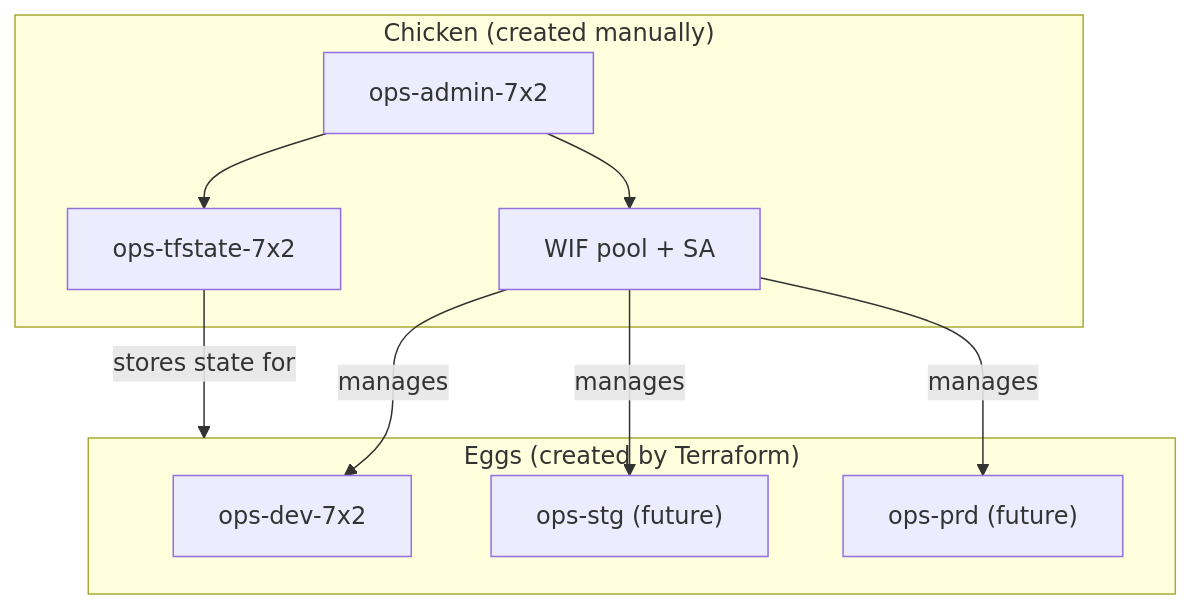
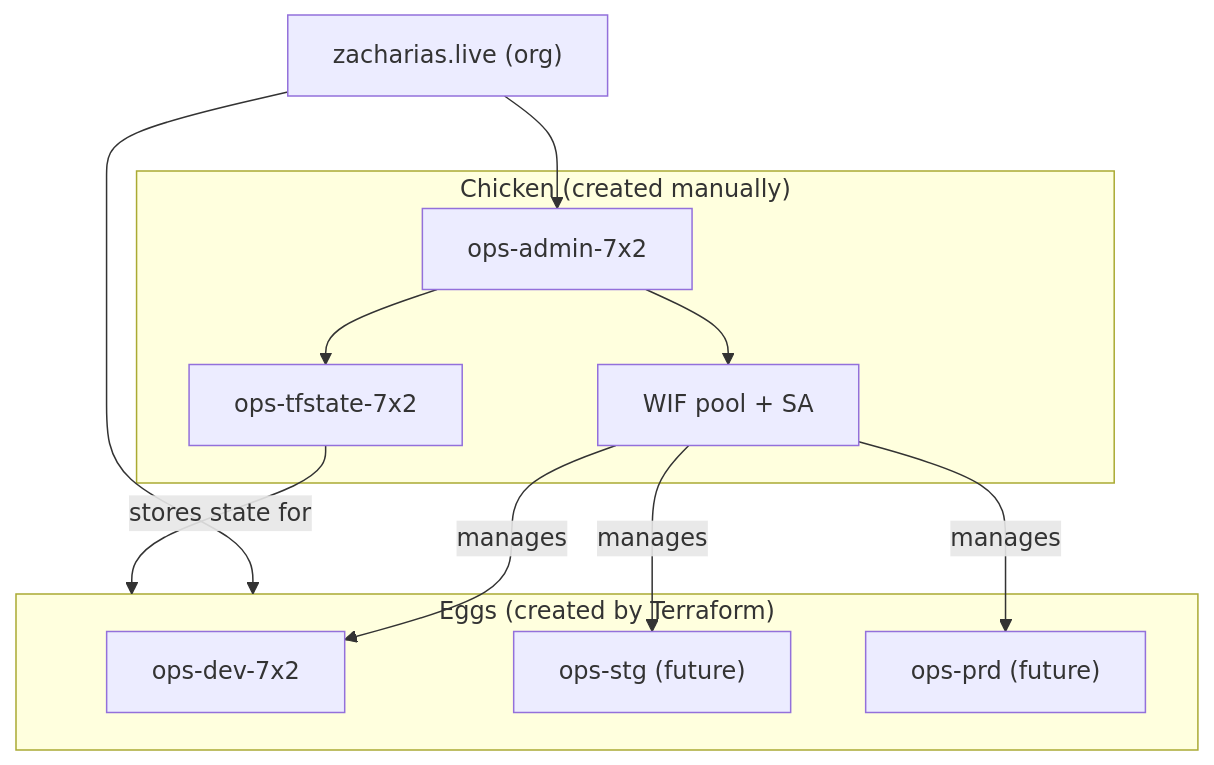
Before and after one commit to Chopsticks13/gcp-foundation-modules: the diagram in docs/BOOTSTRAP.md, drawn with Mermaid. The commit also changed other lines of this file and 4 other files, not shown here.

````diff
--- a/docs/BOOTSTRAP.md
+++ b/docs/BOOTSTRAP.md
@@ -10,21 +10,25 @@
 ```mermaid
 flowchart TD
+  org["zacharias.live (org)"]
+
   subgraph chicken["Chicken (created manually)"]
     admin["ops-admin-7x2"]
     bucket["ops-tfstate-7x2"]
     wif["WIF pool + SA"]
   end
 
   subgraph eggs["Eggs (created by Terraform)"]
     dev["ops-dev-7x2"]
     stg["ops-stg (future)"]
     prd["ops-prd (future)"]
   end
 
+  org --> admin
+  org --> eggs
   admin --> bucket
   admin --> wif
   wif -->|manages| dev
   wif -->|manages| stg
   wif -->|manages| prd
   bucket -->|stores state for| eggs
 ```
````
